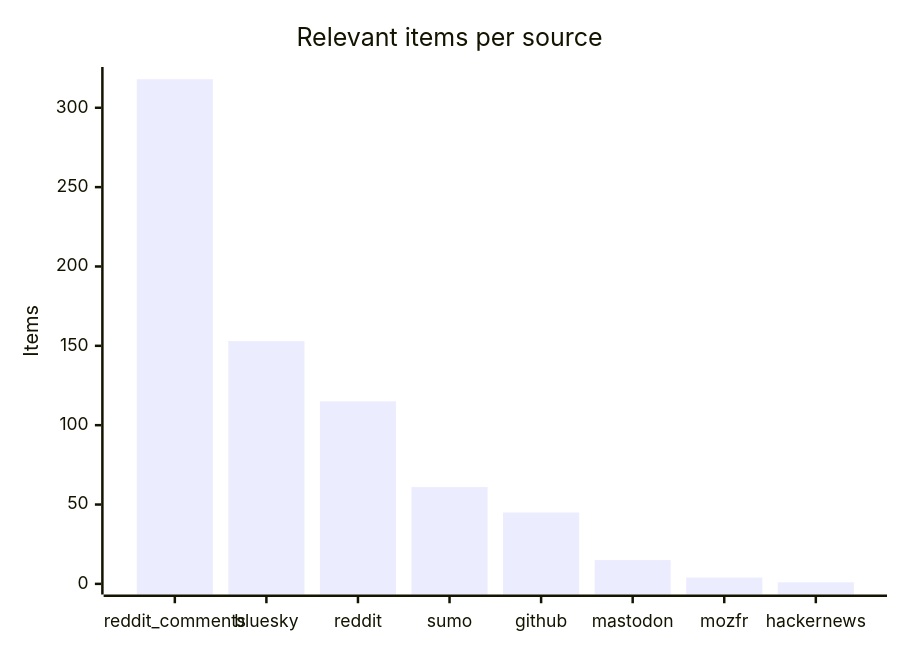
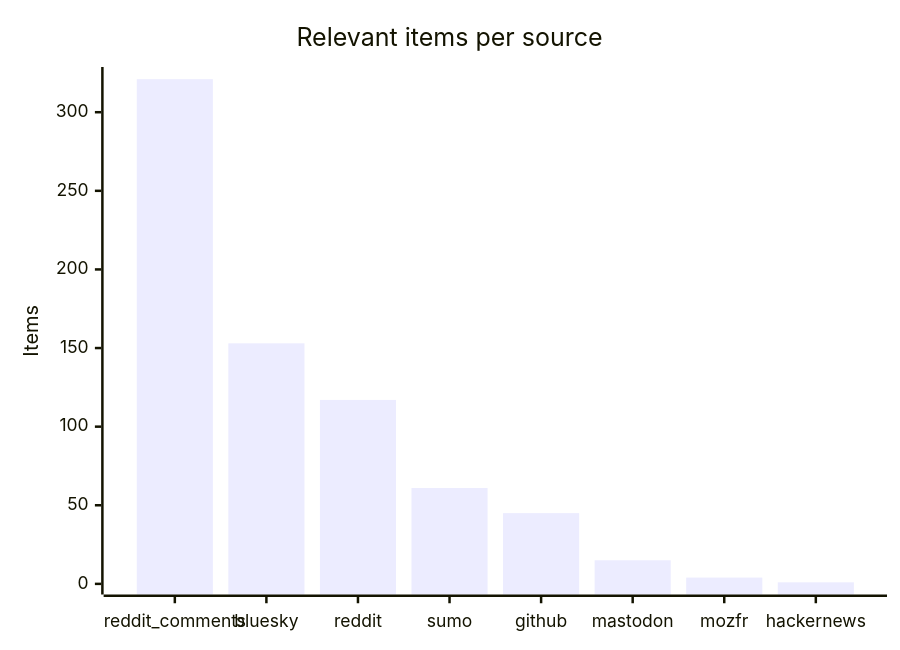
One commit to martinbalfanz/social-scanner-reports changed the third of 4 diagrams in README.md. Above: the diagram before and after it, drawn with Mermaid. The commit also changed other lines of this file and 4 other files, not shown here.

````diff
--- a/README.md
+++ b/README.md
@@ -48,7 +48,7 @@
 ```mermaid
 xychart-beta
     title "Relevant items per source"
     x-axis ["reddit_comments", "bluesky", "reddit", "sumo", "github", "mastodon", "mozfr", "hackernews"]
-    y-axis "Items" 0 --> 319
-    bar [318, 153, 115, 61, 45, 15, 4, 1]
+    y-axis "Items" 0 --> 322
+    bar [321, 153, 117, 61, 45, 15, 4, 1]
 ```
````
